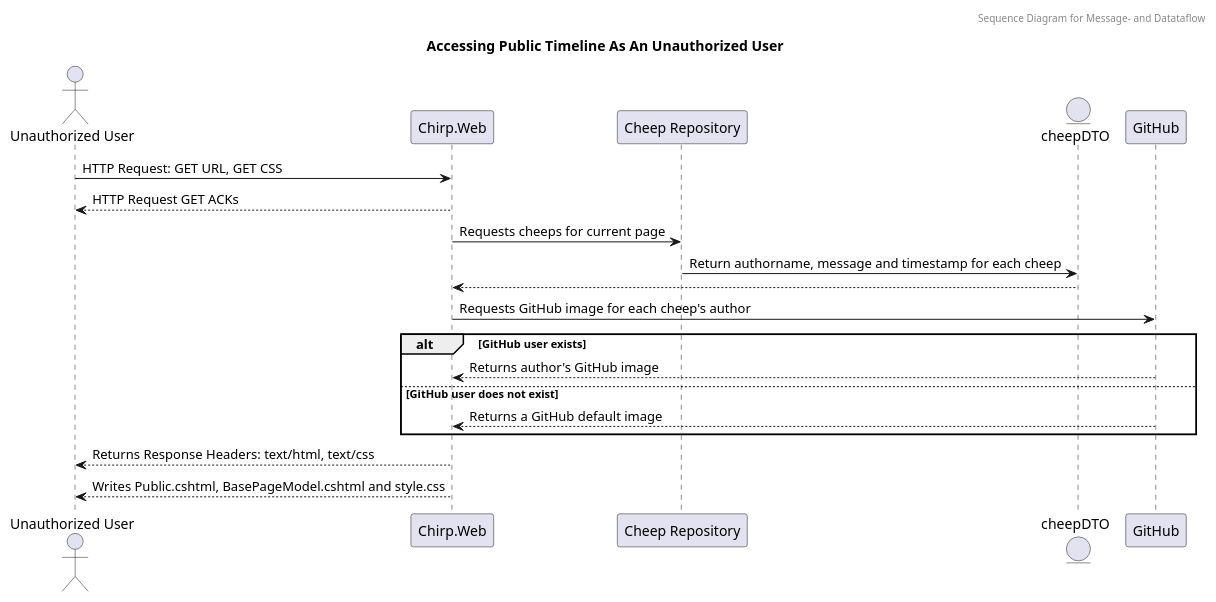
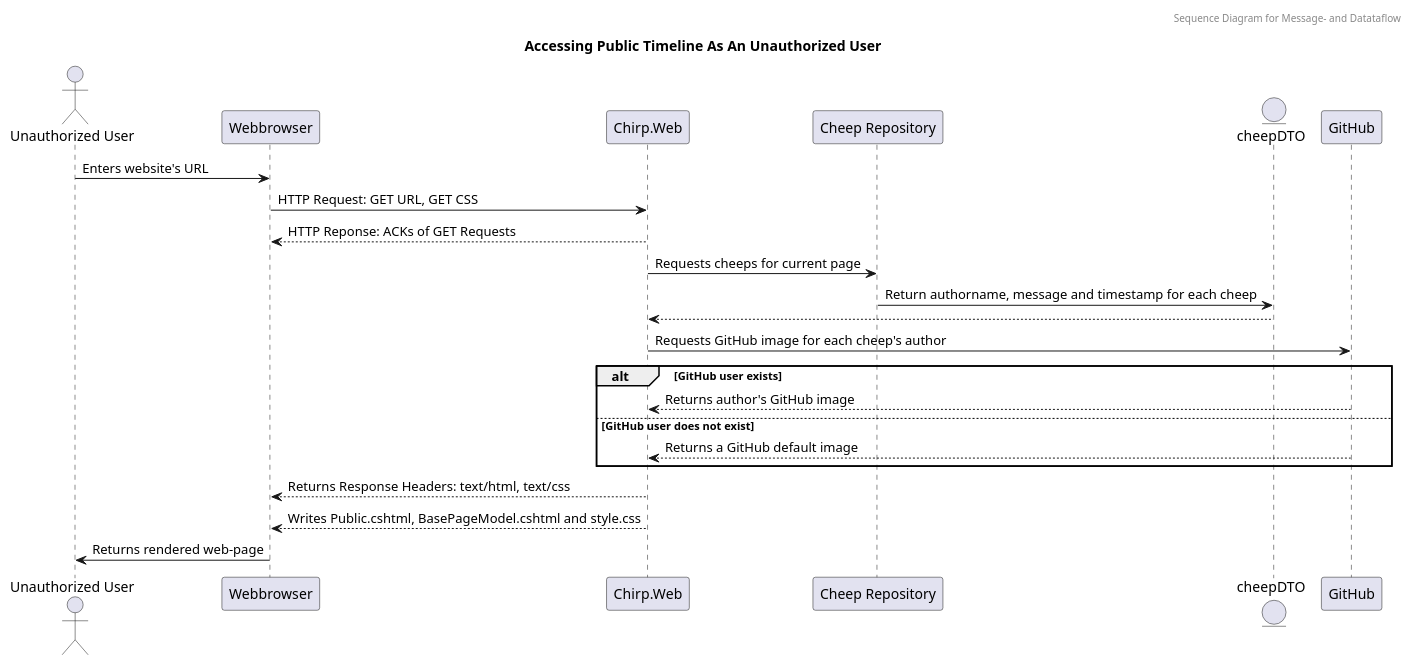
The diagram in docs/report_diagrams/UML_sequence_diagrams/msg_data_flow_UML_seq.puml (ITU-BDSA23-GROUP10/Chirp), drawn with PlantUML before and after one commit.

Commit message:
Added webbrowser as figure.

```diff
--- a/docs/report_diagrams/UML_sequence_diagrams/msg_data_flow_UML_seq.puml
+++ b/docs/report_diagrams/UML_sequence_diagrams/msg_data_flow_UML_seq.puml
@@ -1,28 +1,30 @@
 @startuml
 header Sequence Diagram for Message- and Datataflow
 Title Accessing Public Timeline As An Unauthorized User
 
 
 actor "Unauthorized User" as UnauthorizedUser
+participant "Webbrowser" as Browser
 participant "Chirp.Web" as ChirpWeb
 participant "Cheep Repository" as CheepRepo
 entity cheepDTO as CheepDTO
 
-
-UnauthorizedUser -> ChirpWeb: HTTP Request: GET URL, GET CSS
-Return HTTP Request GET ACKs
+UnauthorizedUser -> Browser: Enters website's URL
+Browser -> ChirpWeb: HTTP Request: GET URL, GET CSS
+Return HTTP Reponse: ACKs of GET Requests
 
 ChirpWeb -> CheepRepo: Requests cheeps for current page
 CheepRepo -> CheepDTO: Return authorname, message and timestamp for each cheep
 CheepDTO --> ChirpWeb:
 
 ChirpWeb -> GitHub: Requests GitHub image for each cheep's author
 alt GitHub user exists
     GitHub --> ChirpWeb: Returns author's GitHub image
 else GitHub user does not exist
     GitHub --> ChirpWeb: Returns a GitHub default image
 end
 
-ChirpWeb --> UnauthorizedUser: Returns Response Headers: text/html, text/css
-ChirpWeb --> UnauthorizedUser: Writes Public.cshtml, BasePageModel.cshtml and style.css
+ChirpWeb --> Browser: Returns Response Headers: text/html, text/css
+ChirpWeb --> Browser: Writes Public.cshtml, BasePageModel.cshtml and style.css
+Browser -> UnauthorizedUser: Returns rendered web-page
 @enduml
```
